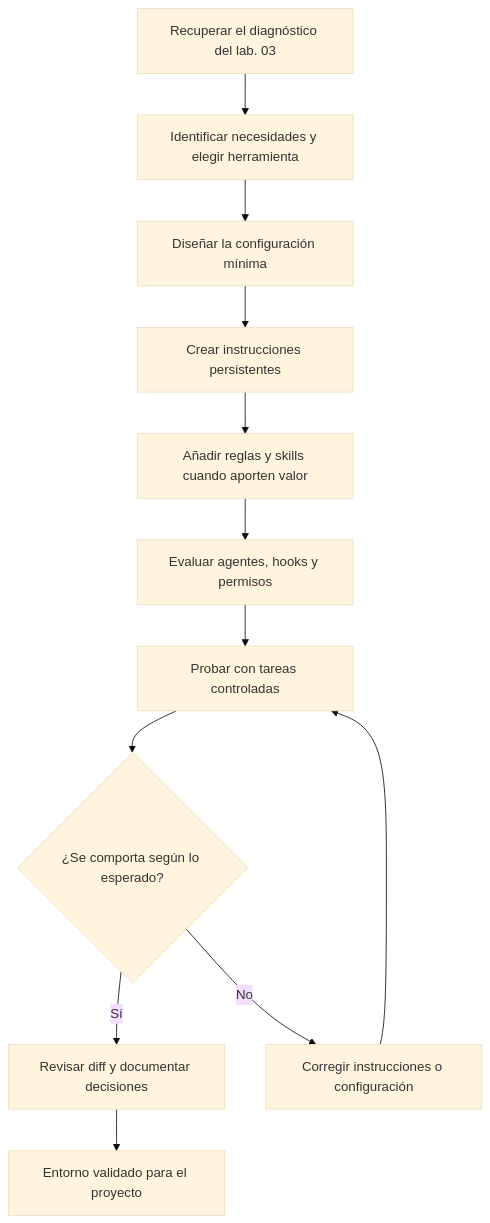
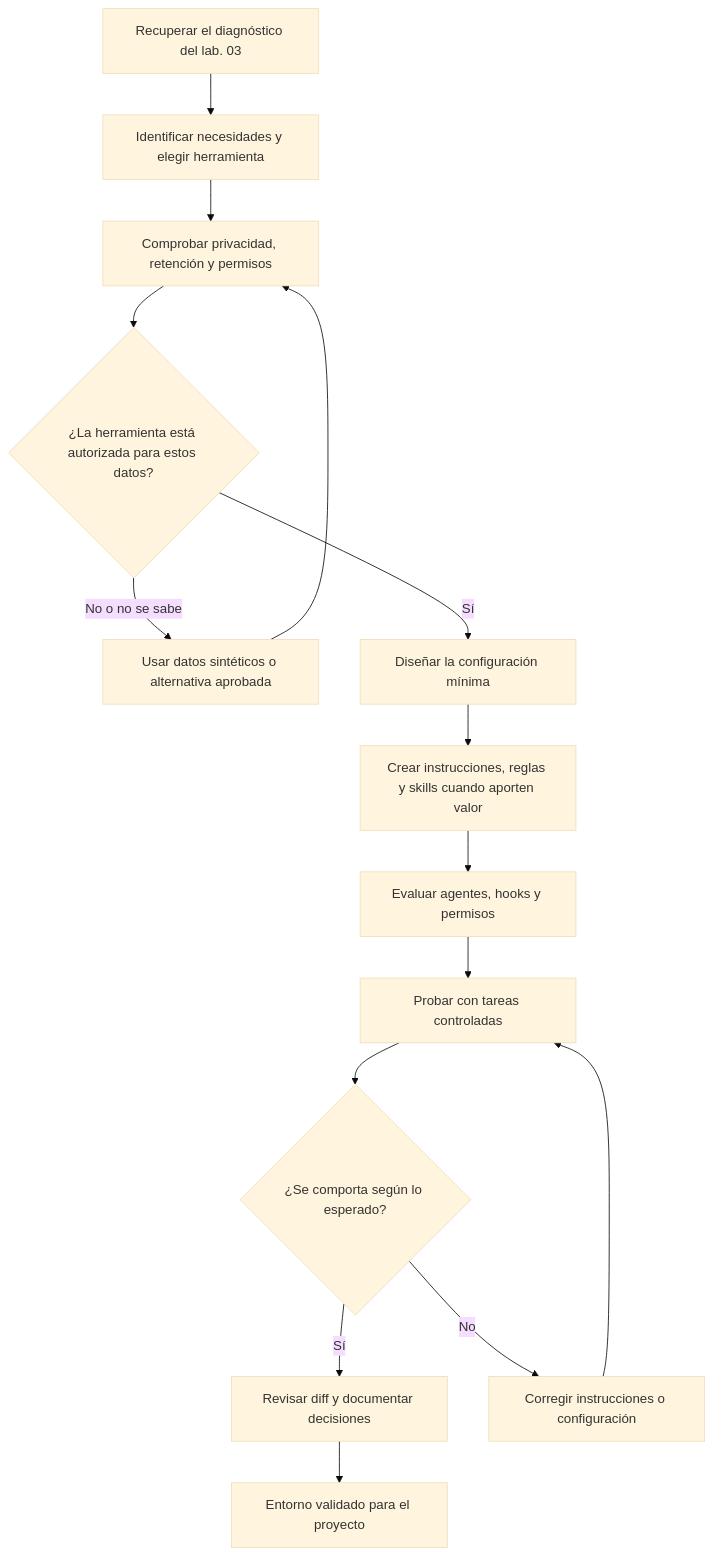
One commit to sigdeletras/ai-assisted-development-guide changed the diagram in laboratorio/04-configuracion-entorno-ia/README.md. Above: the diagram before and after it, drawn with Mermaid (base theme). The commit also changed other lines of this file, not shown here.

````diff
--- a/laboratorio/04-configuracion-entorno-ia/README.md
+++ b/laboratorio/04-configuracion-entorno-ia/README.md
@@ -132,14 +154,17 @@
 ```mermaid
 flowchart TD
     A["Recuperar el diagnóstico del lab. 03"] --> B["Identificar necesidades y elegir herramienta"]
-    B --> C["Diseñar la configuración mínima"]
-    C --> D["Crear instrucciones persistentes"]
-    D --> E["Añadir reglas y skills cuando aporten valor"]
-    E --> F["Evaluar agentes, hooks y permisos"]
-    F --> G["Probar con tareas controladas"]
-    G --> H{"¿Se comporta según lo esperado?"}
-    H -- "Sí" --> I["Revisar diff y documentar decisiones"]
-    H -- "No" --> J["Corregir instrucciones o configuración"]
-    J --> G
-    I --> K["Entorno validado para el proyecto"]
+    B --> C["Comprobar privacidad, retención y permisos"]
+    C --> D{"¿La herramienta está autorizada para estos datos?"}
+    D -- "No o no se sabe" --> E["Usar datos sintéticos o alternativa aprobada"]
+    E --> C
+    D -- "Sí" --> F["Diseñar la configuración mínima"]
+    F --> G["Crear instrucciones, reglas y skills cuando aporten valor"]
+    G --> H["Evaluar agentes, hooks y permisos"]
+    H --> I["Probar con tareas controladas"]
+    I --> J{"¿Se comporta según lo esperado?"}
+    J -- "Sí" --> K["Revisar diff y documentar decisiones"]
+    J -- "No" --> L["Corregir instrucciones o configuración"]
+    L --> I
+    K --> M["Entorno validado para el proyecto"]
 ```
````
